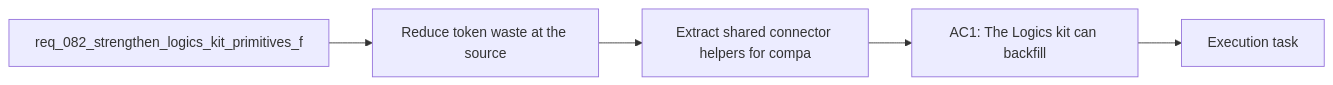
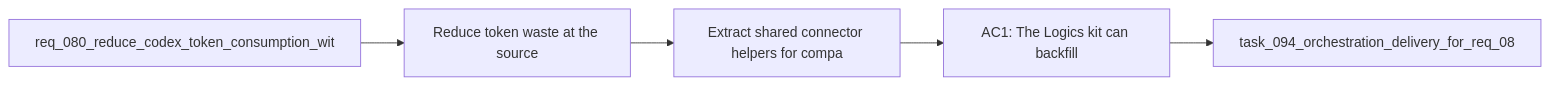
One commit to AlexAgo83/logics-manager changed the diagram in logics/backlog/item_115_extract_shared_connector_helpers_for_compact_ai_context_and_template_assembly.md. Above: the diagram before and after it, drawn with Mermaid. The commit also changed 481 other files, not shown here.

````diff
--- a/logics/backlog/item_115_extract_shared_connector_helpers_for_compact_ai_context_and_template_assembly.md
+++ b/logics/backlog/item_115_extract_shared_connector_helpers_for_compact_ai_context_and_template_assembly.md
@@ -21,9 +21,9 @@
 ```mermaid
 %% logics-kind: backlog
 %% logics-signature: backlog|extract-shared-connector-helpers-for-com|req-080-reduce-codex-token-consumption-w|reduce-token-waste-at-the-source|ac1-the-logics-kit-can-backfill
 flowchart LR
-    Request[req_082_strengthen_logics_kit_primitives_f] --> Problem[Reduce token waste at the source]
+    Request[req_080_reduce_codex_token_consumption_wit] --> Problem[Reduce token waste at the source]
     Problem --> Scope[Extract shared connector helpers for compa]
     Scope --> Acceptance[AC1: The Logics kit can backfill]
-    Acceptance --> Tasks[Execution task]
+    Acceptance --> Tasks[task_094_orchestration_delivery_for_req_08]
 ```
````
